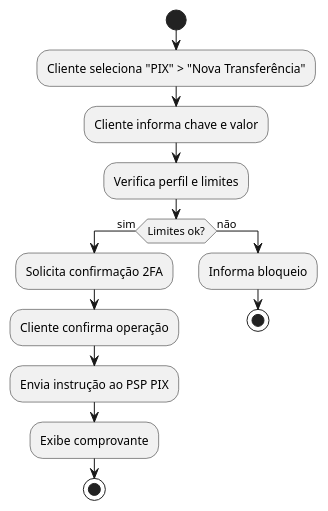
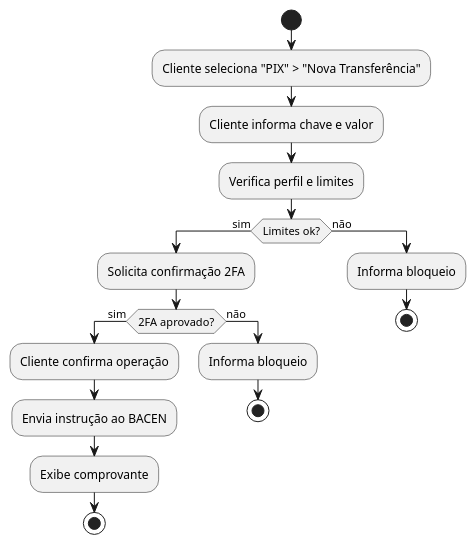
Before and after one commit to Jphn/vitta-next: the diagram in diagrama-atividades/case_08.puml, drawn with PlantUML. The commit also changed 6 other files, not shown here.

```diff
--- a/diagrama-atividades/case_08.puml
+++ b/diagrama-atividades/case_08.puml
@@ -1,16 +1,21 @@
 @startuml case08
 start
 :Cliente seleciona "PIX" > "Nova Transferência";
 :Cliente informa chave e valor;
 :Verifica perfil e limites;
 if (Limites ok?) then (sim)
   :Solicita confirmação 2FA;
-  :Cliente confirma operação;
-  :Envia instrução ao PSP PIX;
-  :Exibe comprovante;
-  stop
+  if (2FA aprovado?) then (sim)
+    :Cliente confirma operação;
+    :Envia instrução ao BACEN;
+    :Exibe comprovante;
+    stop
+  else (não)
+    :Informa bloqueio;
+    stop
+  endif
 else (não)
   :Informa bloqueio;
   stop
 endif
 @enduml
```
